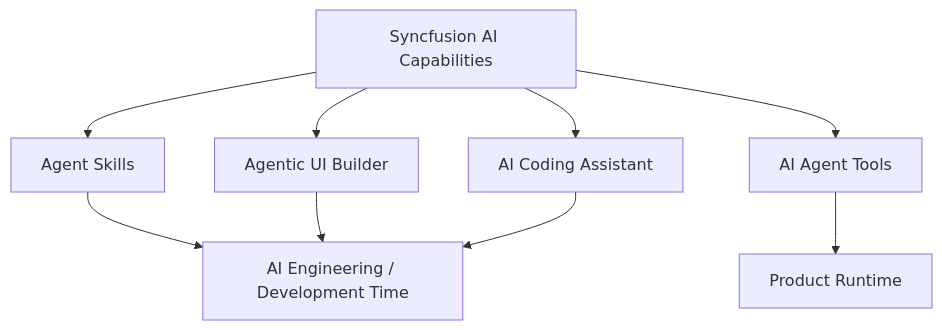
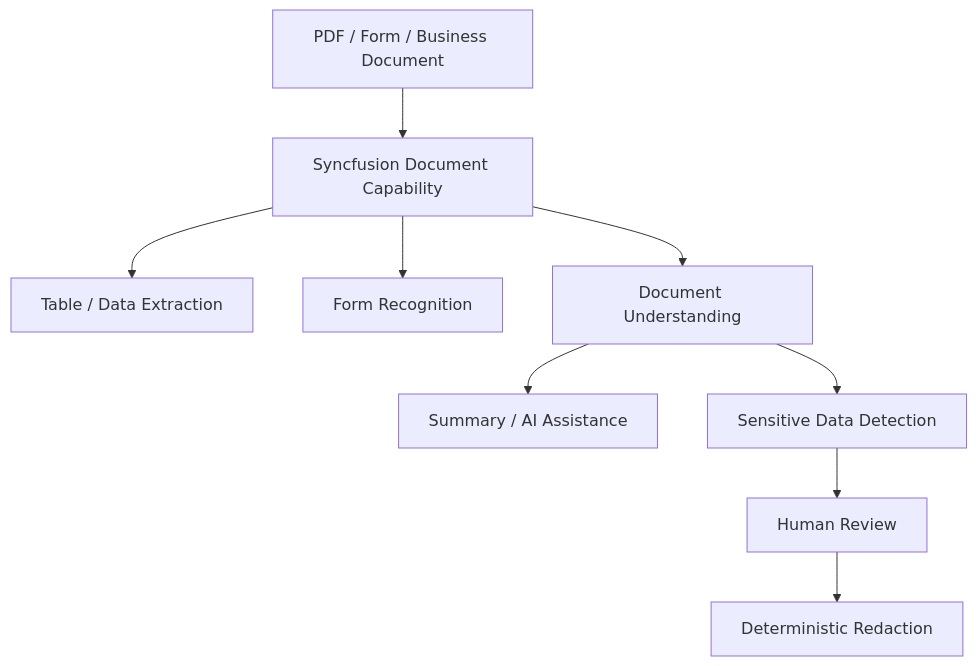
One commit to Milancho/ai-engineering-playbook changed the first of 5 diagrams in docs/research/Syncfusion-AI-Tools.md. Above: the diagram before and after it, drawn with Mermaid. The commit also changed other lines of this file, not shown here.

Commit message:
docs: consolidate Syncfusion Document Solutions findings

````diff
--- a/docs/research/Syncfusion-AI-Tools.md
+++ b/docs/research/Syncfusion-AI-Tools.md
@@ -16,11 +22,11 @@
 ```mermaid
 flowchart TD
-    A[Syncfusion AI Capabilities] --> B[Agent Skills]
-    A --> C[Agentic UI Builder]
-    A --> D[AI Agent Tools]
-    A --> E[AI Coding Assistant]
-    B --> F[AI Engineering / Development Time]
-    C --> F
-    E --> F
-    D --> G[Product Runtime]
+    A[PDF / Form / Business Document] --> B[Syncfusion Document Capability]
+    B --> C[Table / Data Extraction]
+    B --> D[Form Recognition]
+    B --> E[Document Understanding]
+    E --> F[Summary / AI Assistance]
+    E --> G[Sensitive Data Detection]
+    G --> H[Human Review]
+    H --> I[Deterministic Redaction]
 ```
````
